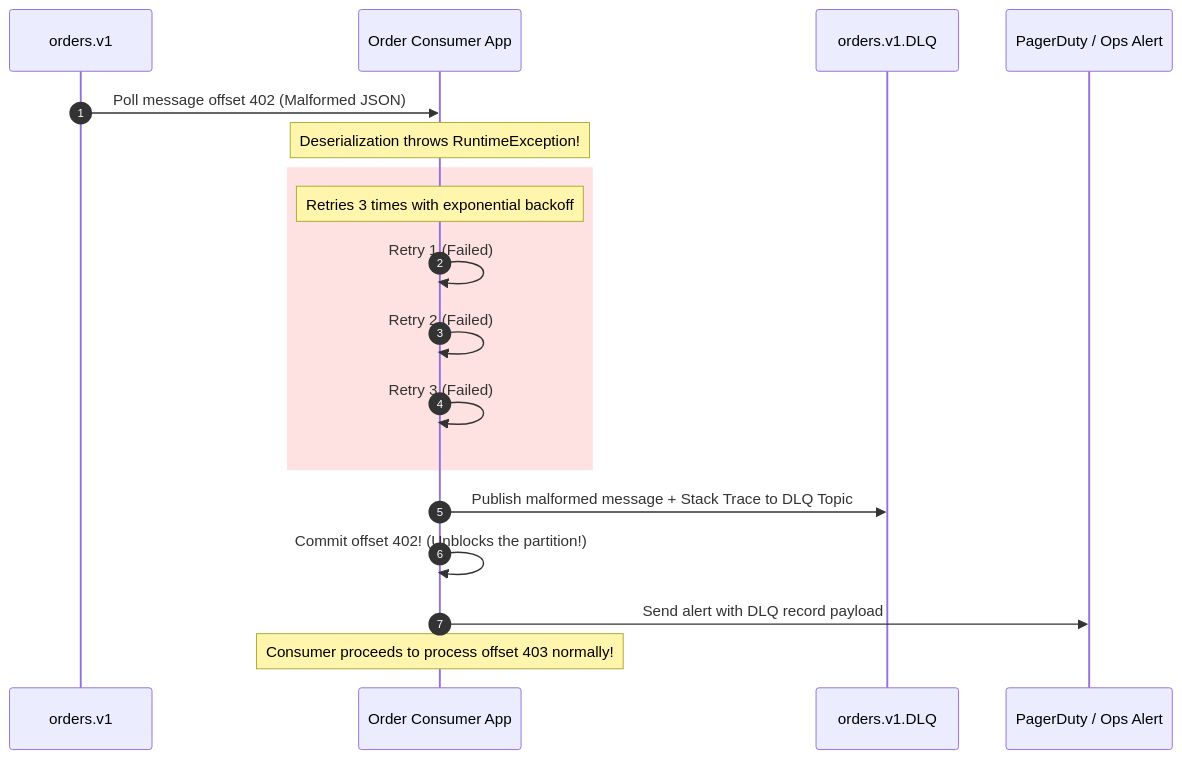
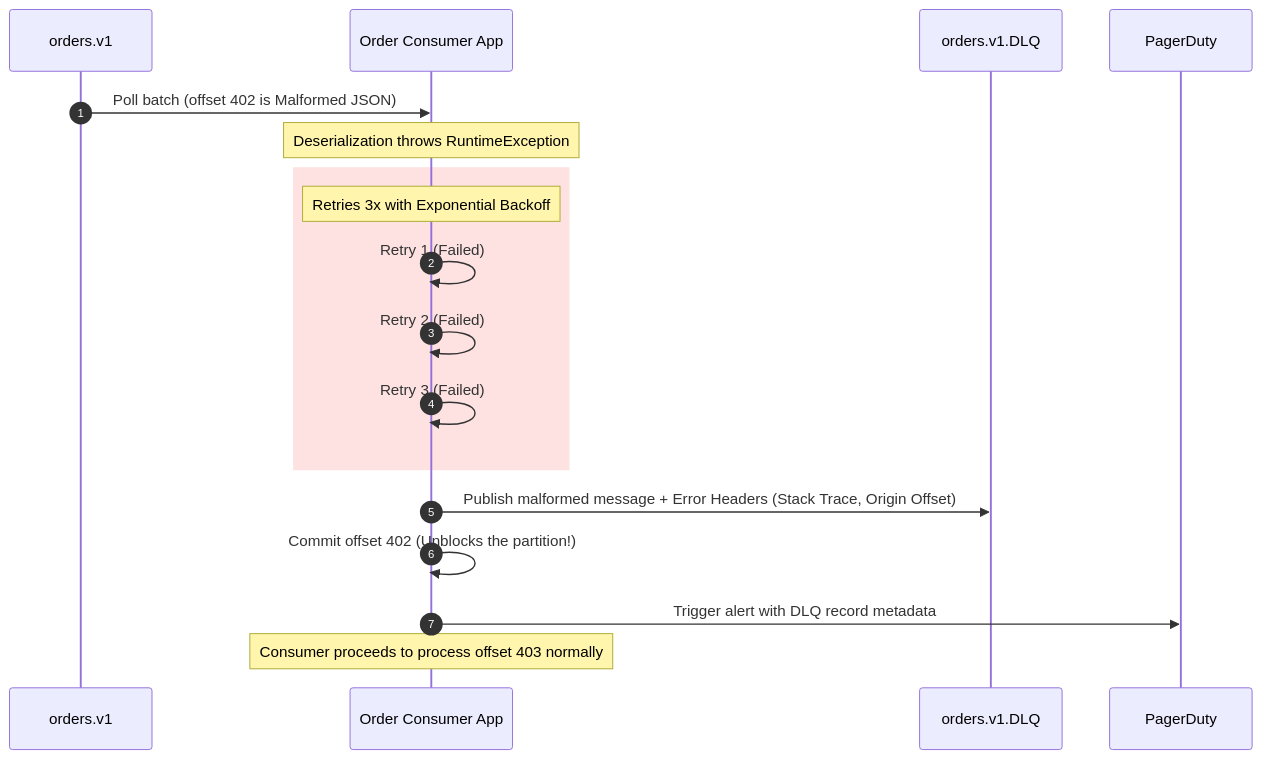
The second of 2 diagrams in 03-Apache-Kafka/05-Interview-Questions-and-Failure-Scenarios.md (PandeyKishan/Study-Notes), drawn with Mermaid before and after one commit. The commit also changed other lines of this file and 38 other files, not shown here.

````diff
--- a/03-Apache-Kafka/05-Interview-Questions-and-Failure-Scenarios.md
+++ b/03-Apache-Kafka/05-Interview-Questions-and-Failure-Scenarios.md
@@ -37,23 +41,23 @@
 ```mermaid
 sequenceDiagram
     autonumber
     participant Topic as orders.v1
     participant Consumer as Order Consumer App
     participant DLQ as orders.v1.DLQ
-    participant Alert as PagerDuty / Ops Alert
+    participant Alert as PagerDuty
 
-    Topic->>Consumer: Poll message offset 402 (Malformed JSON)
-    Note over Consumer: Deserialization throws RuntimeException!
+    Topic->>Consumer: Poll batch (offset 402 is Malformed JSON)
+    Note over Consumer: Deserialization throws RuntimeException
     
     rect rgb(254, 226, 226)
-    Note over Consumer: Retries 3 times with exponential backoff
+    Note over Consumer: Retries 3x with Exponential Backoff
     Consumer->>Consumer: Retry 1 (Failed)
     Consumer->>Consumer: Retry 2 (Failed)
     Consumer->>Consumer: Retry 3 (Failed)
     end
 
-    Consumer->>DLQ: Publish malformed message + Stack Trace to DLQ Topic
-    Consumer->>Consumer: Commit offset 402! (Unblocks the partition!)
-    Consumer->>Alert: Send alert with DLQ record payload
-    Note over Consumer: Consumer proceeds to process offset 403 normally!
+    Consumer->>DLQ: Publish malformed message + Error Headers (Stack Trace, Origin Offset)
+    Consumer->>Consumer: Commit offset 402 (Unblocks the partition!)
+    Consumer->>Alert: Trigger alert with DLQ record metadata
+    Note over Consumer: Consumer proceeds to process offset 403 normally
 ```
````
